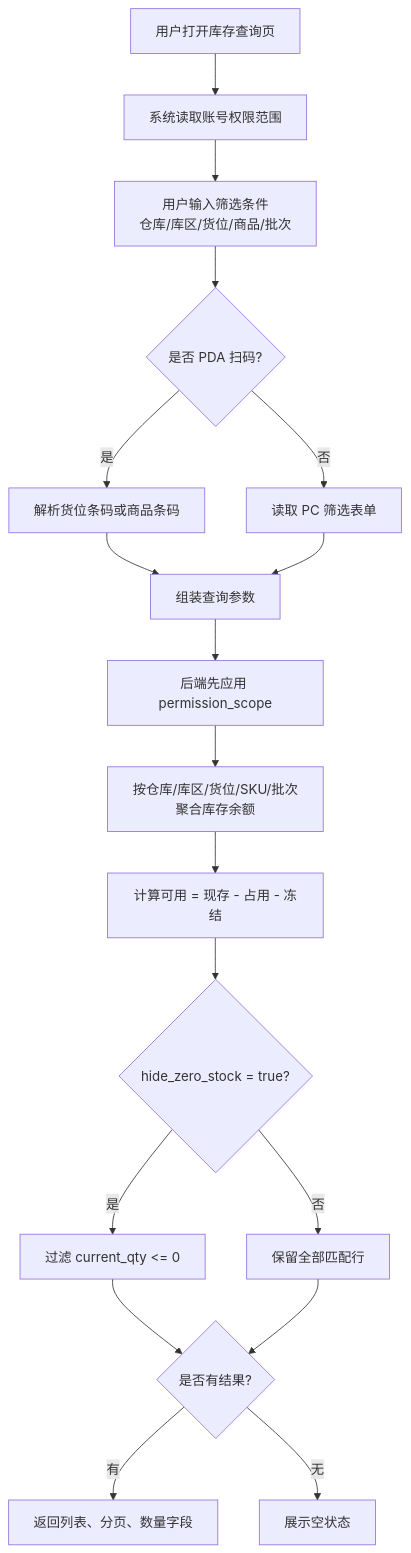
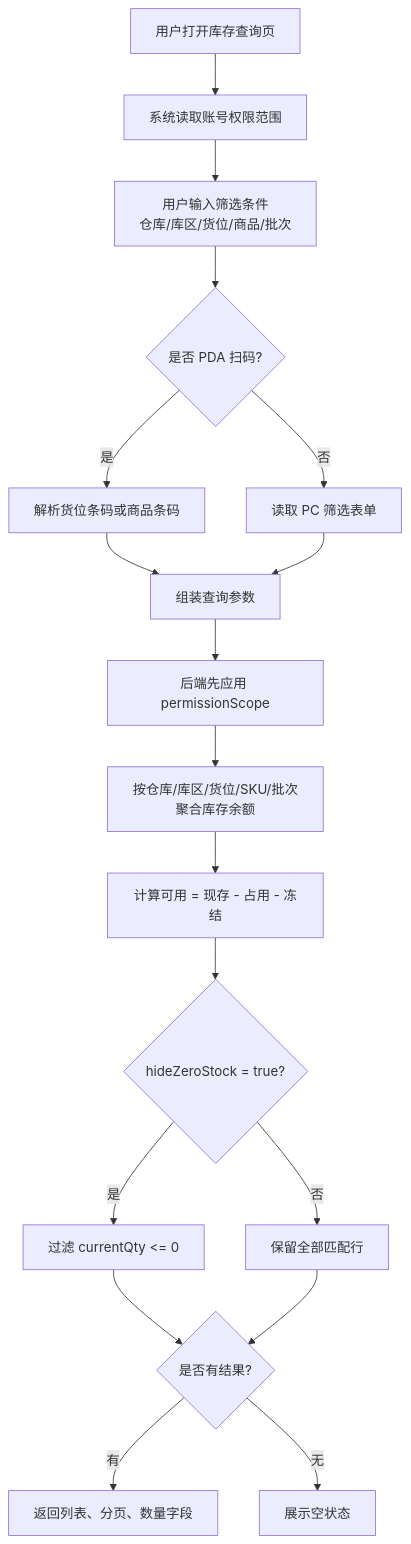
Before and after one commit to lophyJessica/forge-crm: the first of 2 diagrams in prd-docs/库存管理/库存查询/库存查询_业务流程推演.md, drawn with Mermaid. The commit also changed other lines of this file and 51 other files, not shown here.

````diff
--- a/prd-docs/库存管理/库存查询/库存查询_业务流程推演.md
+++ b/prd-docs/库存管理/库存查询/库存查询_业务流程推演.md
@@ -36,20 +36,20 @@
 ```mermaid
 flowchart TD
     A["用户打开库存查询页"] --> B["系统读取账号权限范围"]
     B --> C["用户输入筛选条件<br/>仓库/库区/货位/商品/批次"]
     C --> D{"是否 PDA 扫码?"}
     D -->|是| D1["解析货位条码或商品条码"]
     D -->|否| D2["读取 PC 筛选表单"]
     D1 --> E["组装查询参数"]
     D2 --> E
-    E --> F["后端先应用 permission_scope"]
+    E --> F["后端先应用 permissionScope"]
     F --> G["按仓库/库区/货位/SKU/批次聚合库存余额"]
     G --> H["计算可用 = 现存 - 占用 - 冻结"]
-    H --> I{"hide_zero_stock = true?"}
-    I -->|是| J["过滤 current_qty <= 0"]
+    H --> I{"hideZeroStock = true?"}
+    I -->|是| J["过滤 currentQty <= 0"]
     I -->|否| K["保留全部匹配行"]
     J --> L{"是否有结果?"}
     K --> L
     L -->|有| M["返回列表、分页、数量字段"]
     L -->|无| N["展示空状态"]
 ```
````
